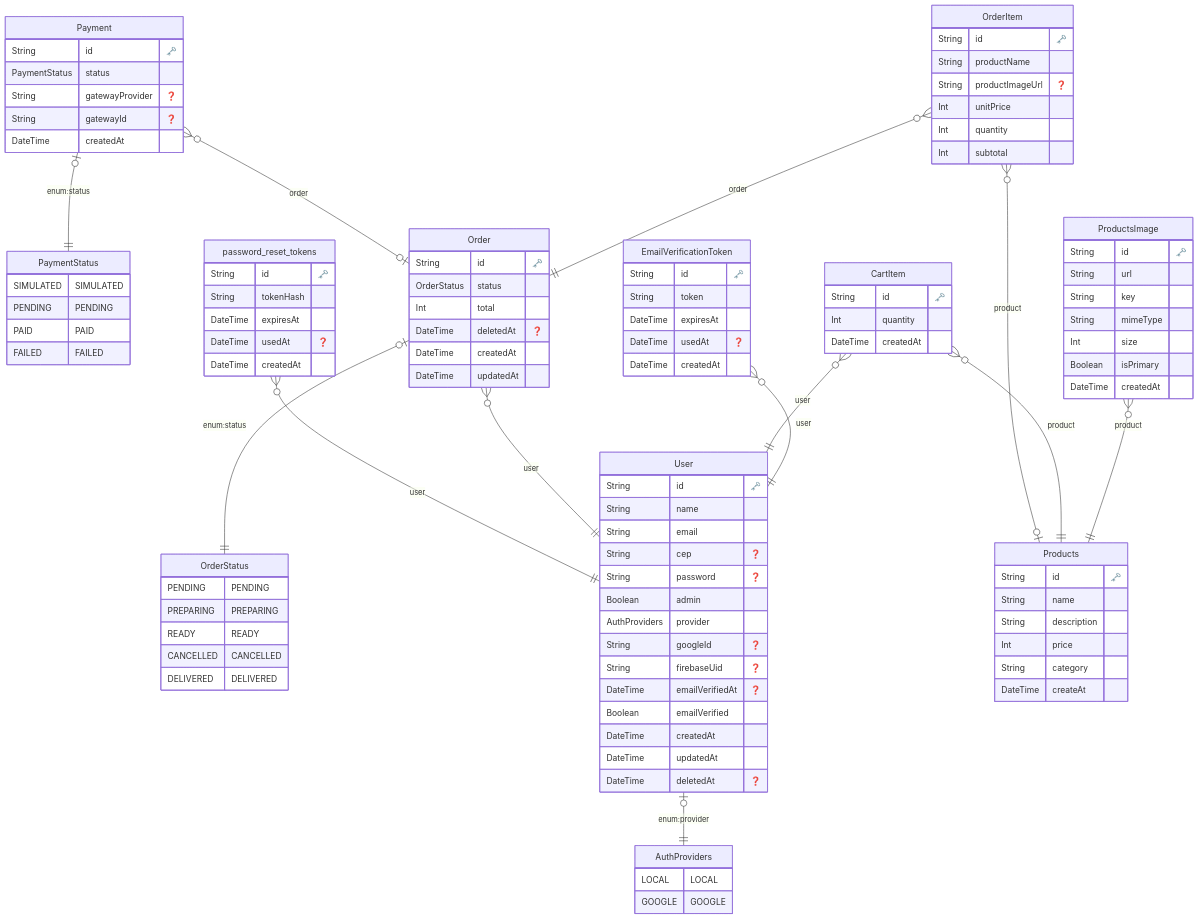
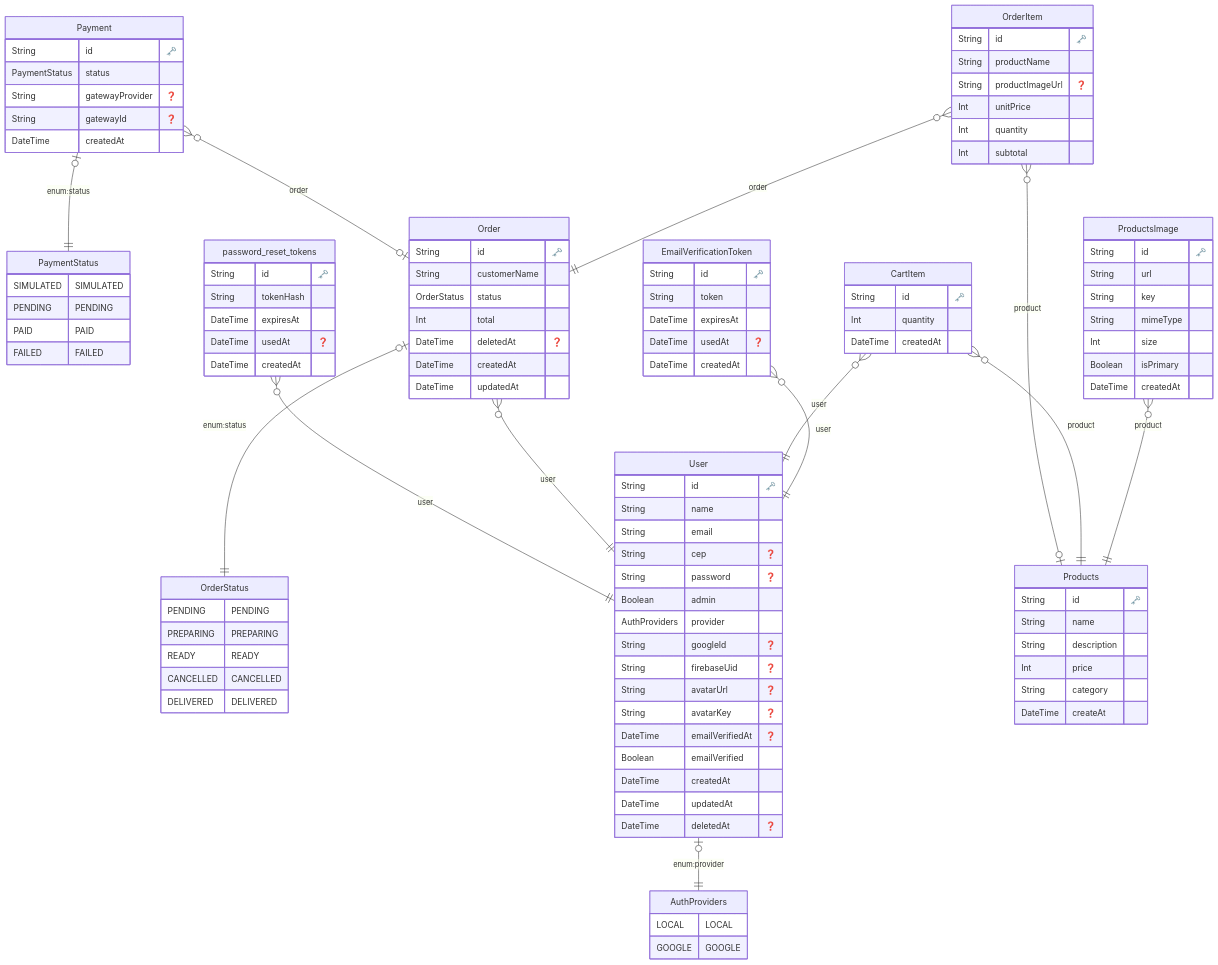
The diagram in back-end/docs/architecture/ERD.md (DevWesleyMedeiros/casa-do-hamburger), drawn with Mermaid before and after one commit. The commit also changed 48 other files, not shown here.

```diff
--- a/back-end/docs/architecture/ERD.md
+++ b/back-end/docs/architecture/ERD.md
@@ -5,7 +5,7 @@
             LOCAL LOCAL
 GOOGLE GOOGLE
         }
-
+    
 
 
         OrderStatus {
@@ -15,7 +15,7 @@
 CANCELLED CANCELLED
 DELIVERED DELIVERED
         }
-
+    
 
 
         PaymentStatus {
@@ -24,99 +24,102 @@
 PAID PAID
 FAILED FAILED
         }
-
+    
   "User" {
     String id "🗝️"
-    String name
-    String email
+    String name 
+    String email 
     String cep "❓"
     String password "❓"
-    Boolean admin
-    AuthProviders provider
+    Boolean admin 
+    AuthProviders provider 
     String googleId "❓"
     String firebaseUid "❓"
+    String avatarUrl "❓"
+    String avatarKey "❓"
     DateTime emailVerifiedAt "❓"
-    Boolean emailVerified
-    DateTime createdAt
-    DateTime updatedAt
+    Boolean emailVerified 
+    DateTime createdAt 
+    DateTime updatedAt 
     DateTime deletedAt "❓"
     }
-
+  
 
   "EmailVerificationToken" {
     String id "🗝️"
-    String token
-    DateTime expiresAt
+    String token 
+    DateTime expiresAt 
     DateTime usedAt "❓"
-    DateTime createdAt
+    DateTime createdAt 
     }
-
+  
 
   "Products" {
     String id "🗝️"
-    String name
-    String description
-    Int price
-    String category
-    DateTime createAt
+    String name 
+    String description 
+    Int price 
+    String category 
+    DateTime createAt 
     }
-
+  
 
   "ProductsImage" {
     String id "🗝️"
-    String url
-    String key
-    String mimeType
-    Int size
-    Boolean isPrimary
-    DateTime createdAt
+    String url 
+    String key 
+    String mimeType 
+    Int size 
+    Boolean isPrimary 
+    DateTime createdAt 
     }
-
+  
 
   "CartItem" {
     String id "🗝️"
-    Int quantity
-    DateTime createdAt
+    Int quantity 
+    DateTime createdAt 
     }
-
+  
 
   "Order" {
     String id "🗝️"
-    OrderStatus status
-    Int total
+    String customerName 
+    OrderStatus status 
+    Int total 
     DateTime deletedAt "❓"
-    DateTime createdAt
-    DateTime updatedAt
+    DateTime createdAt 
+    DateTime updatedAt 
     }
-
+  
 
   "OrderItem" {
     String id "🗝️"
-    String productName
+    String productName 
     String productImageUrl "❓"
-    Int unitPrice
-    Int quantity
-    Int subtotal
+    Int unitPrice 
+    Int quantity 
+    Int subtotal 
     }
-
+  
 
   "Payment" {
     String id "🗝️"
-    PaymentStatus status
+    PaymentStatus status 
     String gatewayProvider "❓"
     String gatewayId "❓"
-    DateTime createdAt
+    DateTime createdAt 
     }
-
+  
 
   "password_reset_tokens" {
     String id "🗝️"
-    String tokenHash
-    DateTime expiresAt
+    String tokenHash 
+    DateTime expiresAt 
     DateTime usedAt "❓"
-    DateTime createdAt
+    DateTime createdAt 
     }
-
+  
     "User" |o--|| "AuthProviders" : "enum:provider"
     "EmailVerificationToken" }o--|| "User" : "user"
     "ProductsImage" }o--|| "Products" : "product"
```
